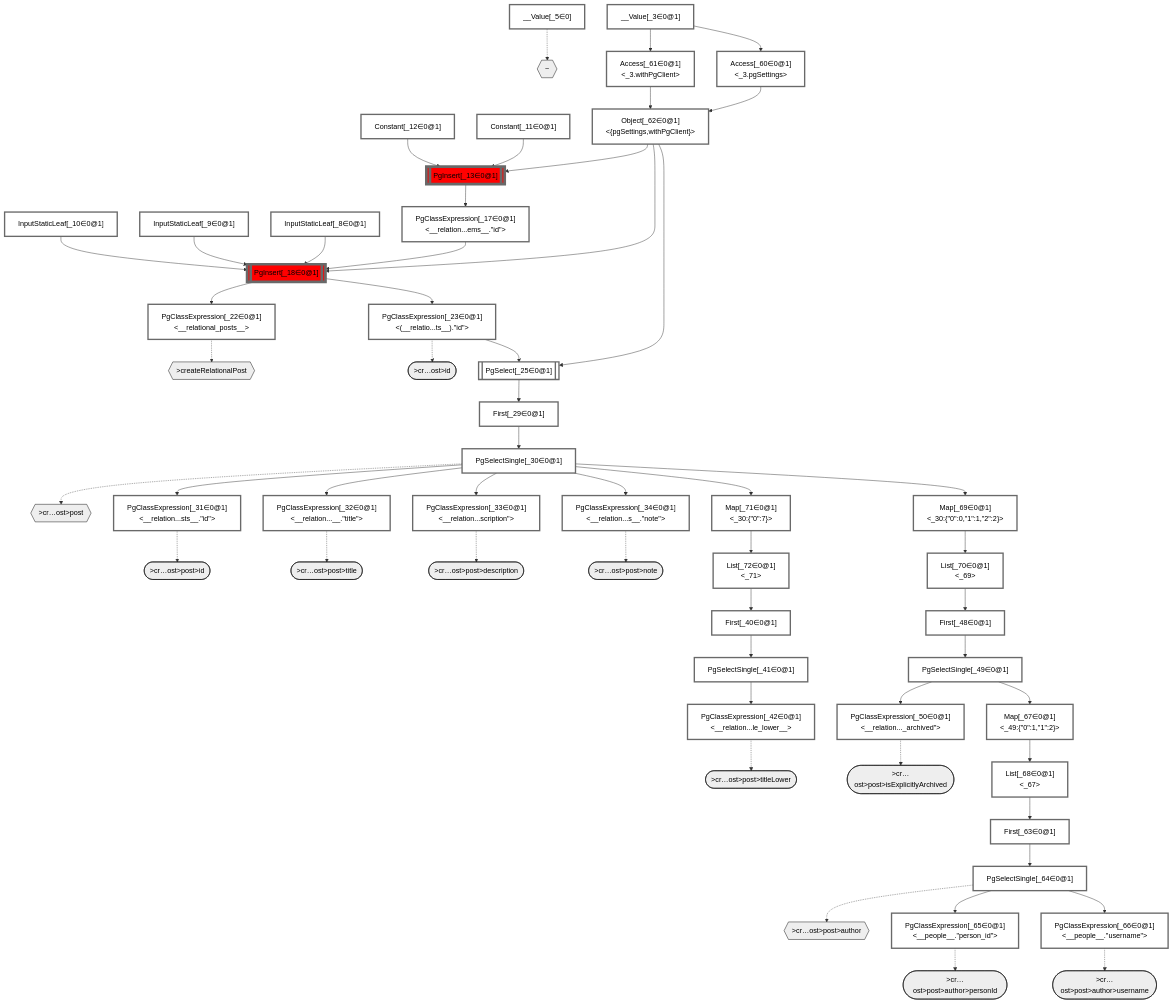
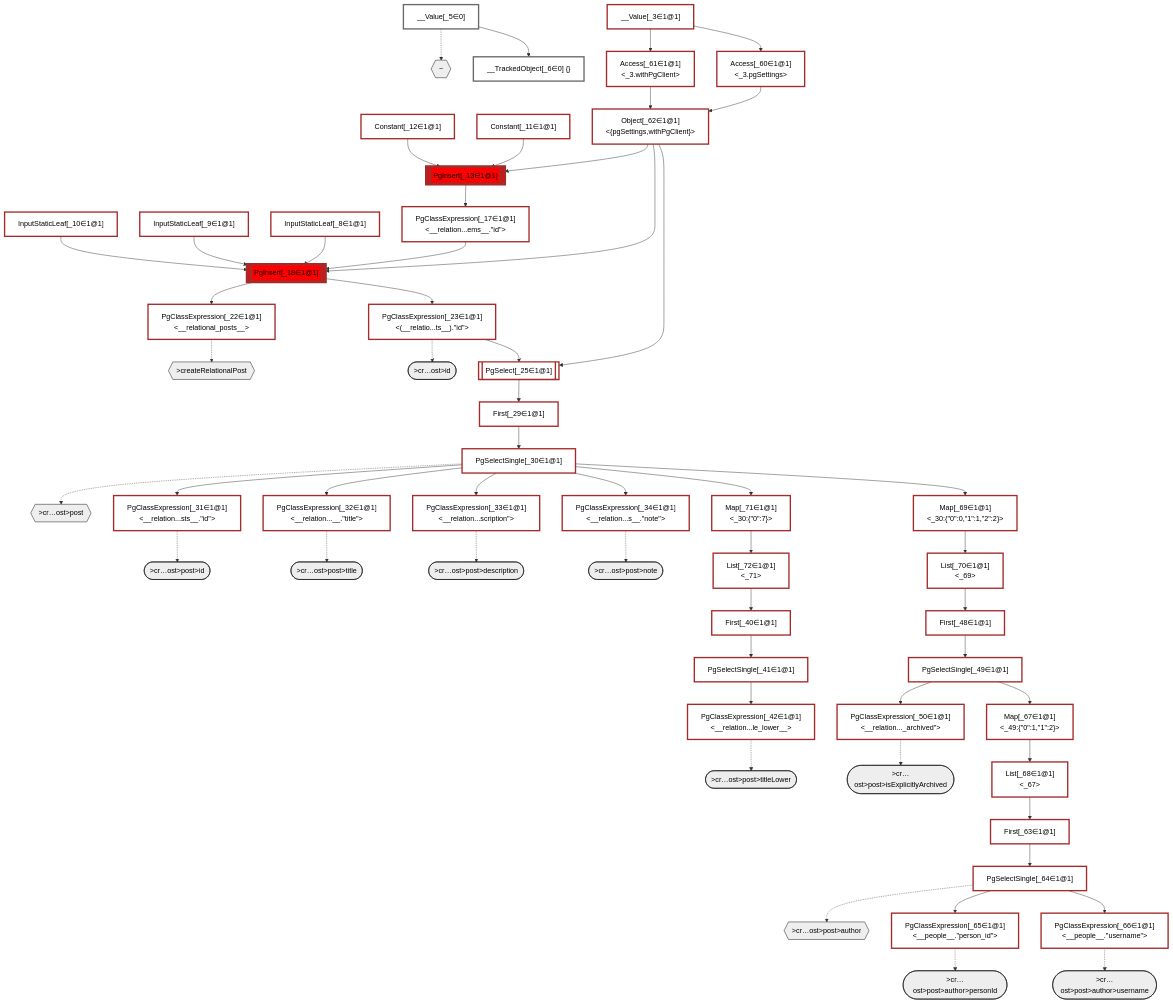
The diagram in packages/dataplan-pg/__tests__/mutations/basics/create-relational-post.mermaid.md (graphile/crystal), drawn with Mermaid before and after one commit. The commit also changed 42 other files, not shown here.

````diff
--- a/packages/dataplan-pg/__tests__/mutations/basics/create-relational-post.mermaid.md
+++ b/packages/dataplan-pg/__tests__/mutations/basics/create-relational-post.mermaid.md
@@ -34,46 +34,48 @@
     %% end
 
     %% define plans
-    __Value_3["__Value[_3∈0@1]<br /><context>"]:::plan
+    __Value_3["__Value[_3∈1@1]<br /><context>"]:::plan
     __Value_5["__Value[_5∈0]<br /><rootValue>"]:::plan
-    InputStaticLeaf_8["InputStaticLeaf[_8∈0@1]"]:::plan
-    InputStaticLeaf_9["InputStaticLeaf[_9∈0@1]"]:::plan
-    InputStaticLeaf_10["InputStaticLeaf[_10∈0@1]"]:::plan
-    Constant_11["Constant[_11∈0@1]"]:::plan
-    Constant_12["Constant[_12∈0@1]"]:::plan
-    PgInsert_13[["PgInsert[_13∈0@1]"]]:::sideeffectplan
-    PgClassExpression_17["PgClassExpression[_17∈0@1]<br /><__relation...ems__.#quot;id#quot;>"]:::plan
-    PgInsert_18[["PgInsert[_18∈0@1]"]]:::sideeffectplan
-    PgClassExpression_22["PgClassExpression[_22∈0@1]<br /><__relational_posts__>"]:::plan
-    PgClassExpression_23["PgClassExpression[_23∈0@1]<br /><(__relatio...ts__).#quot;id#quot;>"]:::plan
-    PgSelect_25[["PgSelect[_25∈0@1]<br /><relational_posts>"]]:::plan
-    First_29["First[_29∈0@1]"]:::plan
-    PgSelectSingle_30["PgSelectSingle[_30∈0@1]<br /><relational_posts>"]:::plan
-    PgClassExpression_31["PgClassExpression[_31∈0@1]<br /><__relation...sts__.#quot;id#quot;>"]:::plan
-    PgClassExpression_32["PgClassExpression[_32∈0@1]<br /><__relation...__.#quot;title#quot;>"]:::plan
-    PgClassExpression_33["PgClassExpression[_33∈0@1]<br /><__relation...scription#quot;>"]:::plan
-    PgClassExpression_34["PgClassExpression[_34∈0@1]<br /><__relation...s__.#quot;note#quot;>"]:::plan
-    First_40["First[_40∈0@1]"]:::plan
-    PgSelectSingle_41["PgSelectSingle[_41∈0@1]<br /><text>"]:::plan
-    PgClassExpression_42["PgClassExpression[_42∈0@1]<br /><__relation...le_lower__>"]:::plan
-    First_48["First[_48∈0@1]"]:::plan
-    PgSelectSingle_49["PgSelectSingle[_49∈0@1]<br /><relational_items>"]:::plan
-    PgClassExpression_50["PgClassExpression[_50∈0@1]<br /><__relation..._archived#quot;>"]:::plan
-    Access_60["Access[_60∈0@1]<br /><_3.pgSettings>"]:::plan
-    Access_61["Access[_61∈0@1]<br /><_3.withPgClient>"]:::plan
-    Object_62["Object[_62∈0@1]<br /><{pgSettings,withPgClient}>"]:::plan
-    First_63["First[_63∈0@1]"]:::plan
-    PgSelectSingle_64["PgSelectSingle[_64∈0@1]<br /><people>"]:::plan
-    PgClassExpression_65["PgClassExpression[_65∈0@1]<br /><__people__.#quot;person_id#quot;>"]:::plan
-    PgClassExpression_66["PgClassExpression[_66∈0@1]<br /><__people__.#quot;username#quot;>"]:::plan
-    Map_67["Map[_67∈0@1]<br /><_49:{#quot;0#quot;:1,#quot;1#quot;:2}>"]:::plan
-    List_68["List[_68∈0@1]<br /><_67>"]:::plan
-    Map_69["Map[_69∈0@1]<br /><_30:{#quot;0#quot;:0,#quot;1#quot;:1,#quot;2#quot;:2}>"]:::plan
-    List_70["List[_70∈0@1]<br /><_69>"]:::plan
-    Map_71["Map[_71∈0@1]<br /><_30:{#quot;0#quot;:7}>"]:::plan
-    List_72["List[_72∈0@1]<br /><_71>"]:::plan
+    __TrackedObject_6["__TrackedObject[_6∈0] {}"]:::plan
+    InputStaticLeaf_8["InputStaticLeaf[_8∈1@1]"]:::plan
+    InputStaticLeaf_9["InputStaticLeaf[_9∈1@1]"]:::plan
+    InputStaticLeaf_10["InputStaticLeaf[_10∈1@1]"]:::plan
+    Constant_11["Constant[_11∈1@1]"]:::plan
+    Constant_12["Constant[_12∈1@1]"]:::plan
+    PgInsert_13[["PgInsert[_13∈1@1]"]]:::sideeffectplan
+    PgClassExpression_17["PgClassExpression[_17∈1@1]<br /><__relation...ems__.#quot;id#quot;>"]:::plan
+    PgInsert_18[["PgInsert[_18∈1@1]"]]:::sideeffectplan
+    PgClassExpression_22["PgClassExpression[_22∈1@1]<br /><__relational_posts__>"]:::plan
+    PgClassExpression_23["PgClassExpression[_23∈1@1]<br /><(__relatio...ts__).#quot;id#quot;>"]:::plan
+    PgSelect_25[["PgSelect[_25∈1@1]<br /><relational_posts>"]]:::plan
+    First_29["First[_29∈1@1]"]:::plan
+    PgSelectSingle_30["PgSelectSingle[_30∈1@1]<br /><relational_posts>"]:::plan
+    PgClassExpression_31["PgClassExpression[_31∈1@1]<br /><__relation...sts__.#quot;id#quot;>"]:::plan
+    PgClassExpression_32["PgClassExpression[_32∈1@1]<br /><__relation...__.#quot;title#quot;>"]:::plan
+    PgClassExpression_33["PgClassExpression[_33∈1@1]<br /><__relation...scription#quot;>"]:::plan
+    PgClassExpression_34["PgClassExpression[_34∈1@1]<br /><__relation...s__.#quot;note#quot;>"]:::plan
+    First_40["First[_40∈1@1]"]:::plan
+    PgSelectSingle_41["PgSelectSingle[_41∈1@1]<br /><text>"]:::plan
+    PgClassExpression_42["PgClassExpression[_42∈1@1]<br /><__relation...le_lower__>"]:::plan
+    First_48["First[_48∈1@1]"]:::plan
+    PgSelectSingle_49["PgSelectSingle[_49∈1@1]<br /><relational_items>"]:::plan
+    PgClassExpression_50["PgClassExpression[_50∈1@1]<br /><__relation..._archived#quot;>"]:::plan
+    Access_60["Access[_60∈1@1]<br /><_3.pgSettings>"]:::plan
+    Access_61["Access[_61∈1@1]<br /><_3.withPgClient>"]:::plan
+    Object_62["Object[_62∈1@1]<br /><{pgSettings,withPgClient}>"]:::plan
+    First_63["First[_63∈1@1]"]:::plan
+    PgSelectSingle_64["PgSelectSingle[_64∈1@1]<br /><people>"]:::plan
+    PgClassExpression_65["PgClassExpression[_65∈1@1]<br /><__people__.#quot;person_id#quot;>"]:::plan
+    PgClassExpression_66["PgClassExpression[_66∈1@1]<br /><__people__.#quot;username#quot;>"]:::plan
+    Map_67["Map[_67∈1@1]<br /><_49:{#quot;0#quot;:1,#quot;1#quot;:2}>"]:::plan
+    List_68["List[_68∈1@1]<br /><_67>"]:::plan
+    Map_69["Map[_69∈1@1]<br /><_30:{#quot;0#quot;:0,#quot;1#quot;:1,#quot;2#quot;:2}>"]:::plan
+    List_70["List[_70∈1@1]<br /><_69>"]:::plan
+    Map_71["Map[_71∈1@1]<br /><_30:{#quot;0#quot;:7}>"]:::plan
+    List_72["List[_72∈1@1]<br /><_71>"]:::plan
 
     %% plan dependencies
+    __Value_5 --> __TrackedObject_6
     Object_62 --> PgInsert_13
     Constant_11 --> PgInsert_13
     Constant_12 --> PgInsert_13
@@ -131,5 +133,7 @@
 
     %% allocate buckets
     classDef bucket0 stroke:#696969
-    class __Value_3,__Value_5,InputStaticLeaf_8,InputStaticLeaf_9,InputStaticLeaf_10,Constant_11,Constant_12,PgInsert_13,PgClassExpression_17,PgInsert_18,PgClassExpression_22,PgClassExpression_23,PgSelect_25,First_29,PgSelectSingle_30,PgClassExpression_31,PgClassExpression_32,PgClassExpression_33,PgClassExpression_34,First_40,PgSelectSingle_41,PgClassExpression_42,First_48,PgSelectSingle_49,PgClassExpression_50,Access_60,Access_61,Object_62,First_63,PgSelectSingle_64,PgClassExpression_65,PgClassExpression_66,Map_67,List_68,Map_69,List_70,Map_71,List_72 bucket0
+    class __Value_5,__TrackedObject_6 bucket0
+    classDef bucket1 stroke:#a52a2a
+    class __Value_3,InputStaticLeaf_8,InputStaticLeaf_9,InputStaticLeaf_10,Constant_11,Constant_12,PgInsert_13,PgClassExpression_17,PgInsert_18,PgClassExpression_22,PgClassExpression_23,PgSelect_25,First_29,PgSelectSingle_30,PgClassExpression_31,PgClassExpression_32,PgClassExpression_33,PgClassExpression_34,First_40,PgSelectSingle_41,PgClassExpression_42,First_48,PgSelectSingle_49,PgClassExpression_50,Access_60,Access_61,Object_62,First_63,PgSelectSingle_64,PgClassExpression_65,PgClassExpression_66,Map_67,List_68,Map_69,List_70,Map_71,List_72 bucket1
 ```
````
